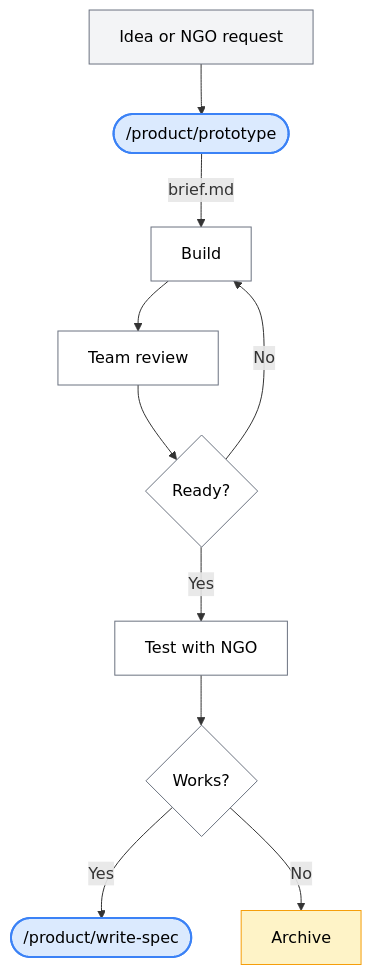
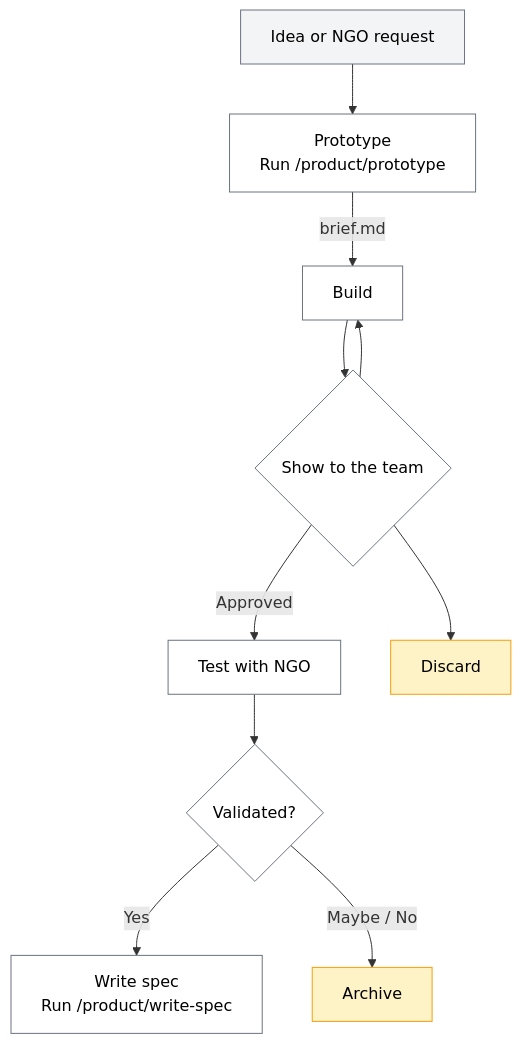
One commit to DalgoT4D/dalgo-core changed the first of 2 diagrams in README.md. Above: the diagram before and after it, drawn with Mermaid. The commit also changed other lines of this file, not shown here.

````diff
--- a/README.md
+++ b/README.md
@@ -58,22 +58,24 @@
 ```mermaid
 flowchart TD
-    A["Idea or NGO request"] --> B(["/product/prototype"])
+    A["Idea or NGO request"] --> B["Prototype
+    Run /product/prototype"]
     B --> |"brief.md"| C["Build"]
-    C --> D["Team review"]
-    D --> R{Ready?}
-    R --> |Yes| F["Test with NGO"]
-    R --> |No| C
-    F --> G{Works?}
-    G --> |Yes| H(["/product/write-spec"])
-    G --> |No| I["Archive"]
+    C --> R{"Show to the team"}
+    R --> |"Approved"| F["Test with NGO"]
+    R --> C
+    R --> X["Discard"]
+    F --> G{Validated?}
+    G --> |Yes| H["Write spec
+    Run /product/write-spec"]
+    G --> |"Maybe / No"| I["Archive"]
 
     style A fill:#f3f4f6,stroke:#6b7280,color:#000
-    style B fill:#dbeafe,stroke:#3b82f6,color:#000,stroke-width:2px
+    style B fill:#fff,stroke:#6b7280,color:#000
     style C fill:#fff,stroke:#6b7280,color:#000
-    style D fill:#fff,stroke:#6b7280,color:#000
     style R fill:#fff,stroke:#6b7280,color:#000
     style F fill:#fff,stroke:#6b7280,color:#000
     style G fill:#fff,stroke:#6b7280,color:#000
-    style H fill:#dbeafe,stroke:#3b82f6,color:#000,stroke-width:2px
+    style H fill:#fff,stroke:#6b7280,color:#000
+    style X fill:#fef3c7,stroke:#f59e0b,color:#000
     style I fill:#fef3c7,stroke:#f59e0b,color:#000
 ```
````
